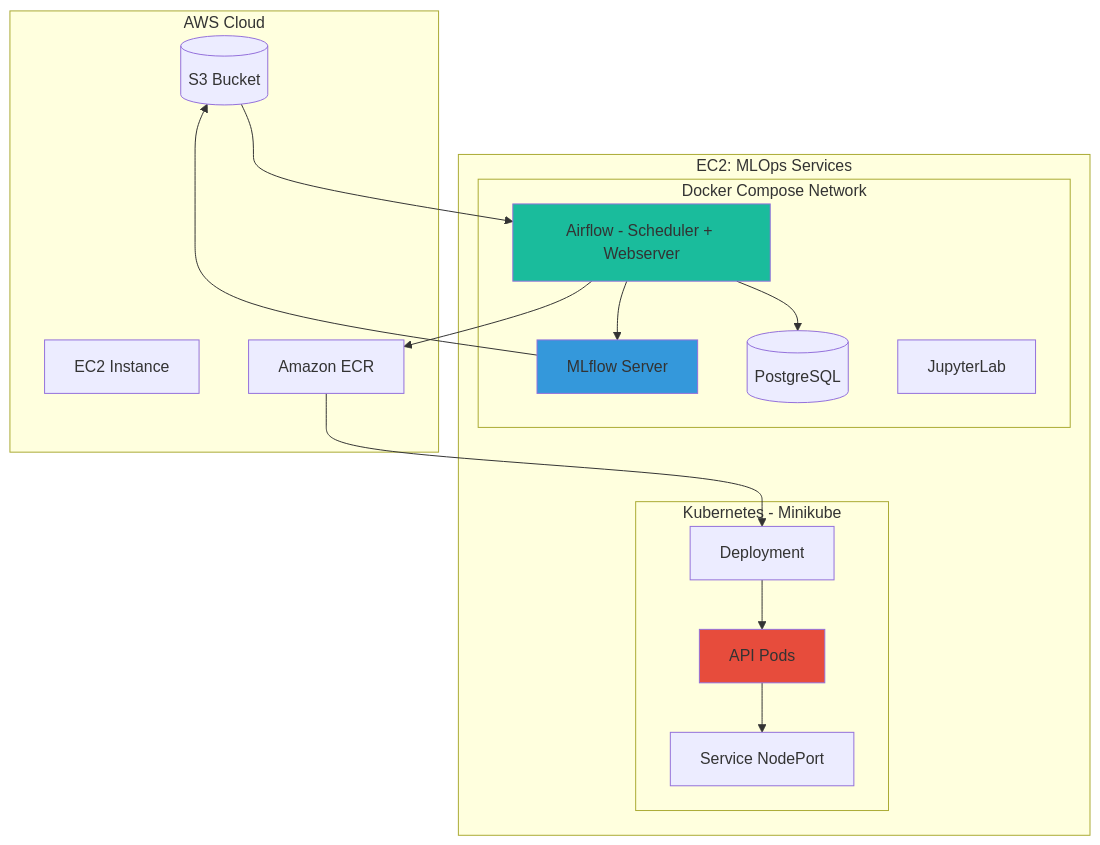
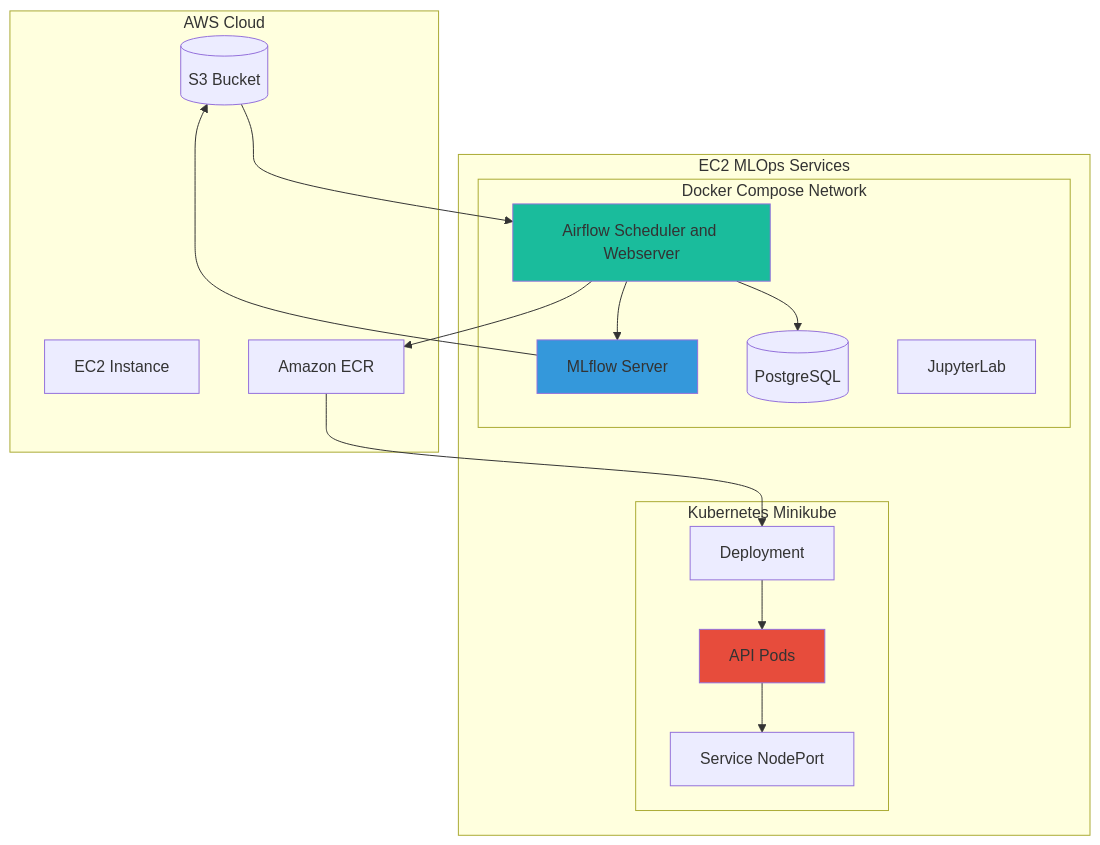
One commit to bencappello/health-predict changed the first of 2 diagrams in ARCHITECTURE.md. Above: the diagram before and after it, drawn with Mermaid. The commit also changed 1 other file, not shown here.

Commit message:
fix: use basic Mermaid syntax for VS Code compatibility
- Remove subgraph aliases (not supported in older Mermaid versions)
- Use simple quoted strings for subgraph names
- Ensure compatibility with VS Code Mermaid extension

````diff
--- a/ARCHITECTURE.md
+++ b/ARCHITECTURE.md
@@ -9,37 +9,37 @@
 ```mermaid
 graph TB
-    subgraph AWS["AWS Cloud"]
+    subgraph "AWS Cloud"
         S3[(S3 Bucket)]
         EC2[EC2 Instance]
         ECR[Amazon ECR]
     end
     
-    subgraph EC2Services["EC2: MLOps Services"]
-        subgraph DockerNetwork["Docker Compose Network"]
-            Airflow[Airflow - Scheduler + Webserver]
+    subgraph "EC2 MLOps Services"
+        subgraph "Docker Compose Network"
+            Airflow[Airflow Scheduler and Webserver]
             ML[MLflow Server]
             PG[(PostgreSQL)]
             Jupyter[JupyterLab]
         end
         
-        subgraph K8sMinikube["Kubernetes - Minikube"]
+        subgraph "Kubernetes Minikube"
             K8sDeploy[Deployment]
             K8sSvc[Service NodePort]
             Pods[API Pods]
         end
     end
     
     S3 --> Airflow
     Airflow --> ML
     Airflow --> ECR
     ML --> S3
     ECR --> K8sDeploy
     K8sDeploy --> Pods
     Pods --> K8sSvc
     
     Airflow --> PG
     
     style Airflow fill:#1abc9c
     style ML fill:#3498db
     style Pods fill:#e74c3c
 ```
````
